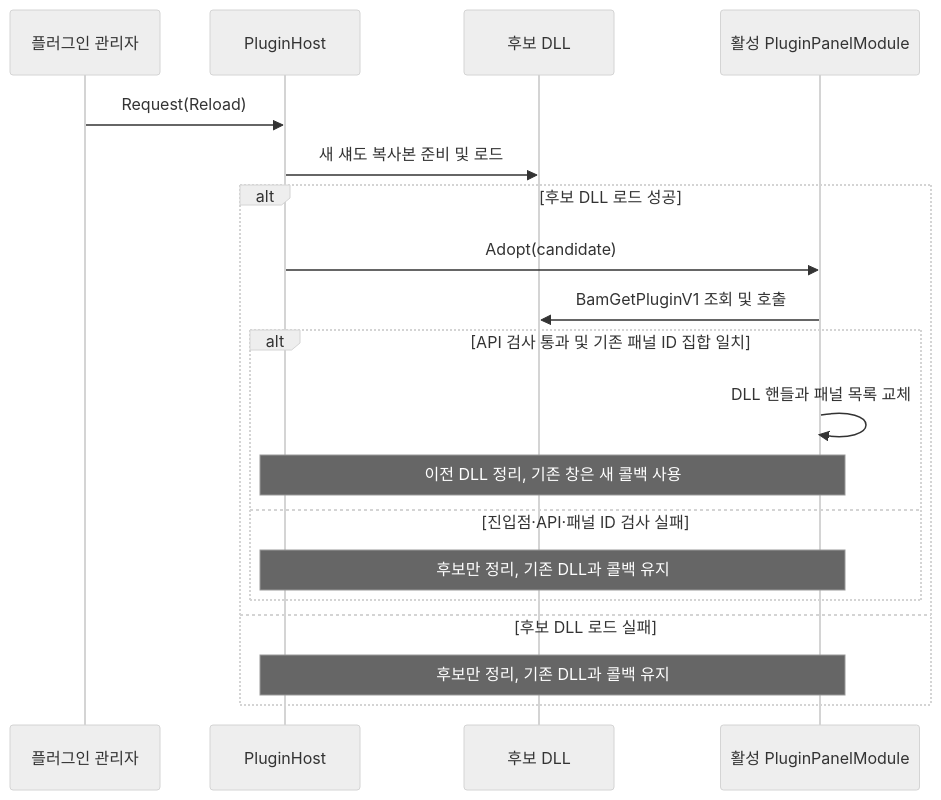
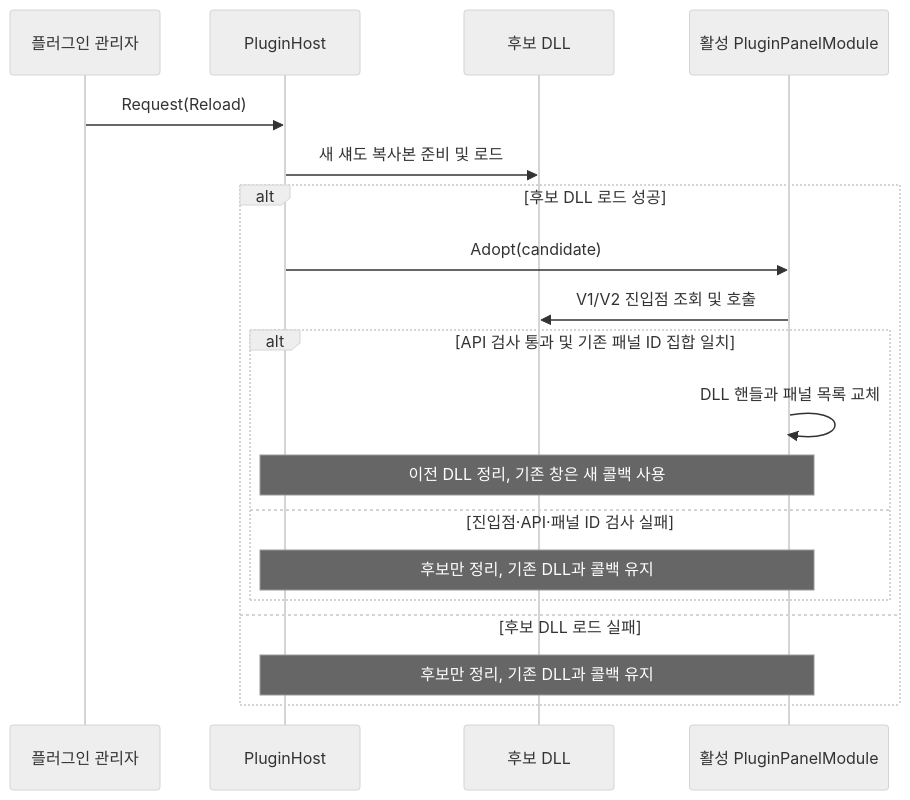
The second of 2 diagrams in Docs/EditorPluginArchitecturePlan.md (Bamtoliya/BamEngine), drawn with Mermaid (neutral theme) before and after one commit. The commit also changed other lines of this file and 34 other files, not shown here.

````diff
--- a/Docs/EditorPluginArchitecturePlan.md
+++ b/Docs/EditorPluginArchitecturePlan.md
@@ -245,22 +274,22 @@
 ```mermaid
 sequenceDiagram
     participant UI as 플러그인 관리자
     participant H as PluginHost
     participant C as 후보 DLL
     participant A as 활성 PluginPanelModule
 
     UI->>H: Request(Reload)
     H->>C: 새 섀도 복사본 준비 및 로드
     alt 후보 DLL 로드 성공
         H->>A: Adopt(candidate)
-        A->>C: BamGetPluginV1 조회 및 호출
+        A->>C: V1/V2 진입점 조회 및 호출
         alt API 검사 통과 및 기존 패널 ID 집합 일치
             A->>A: DLL 핸들과 패널 목록 교체
             Note over H,A: 이전 DLL 정리, 기존 창은 새 콜백 사용
         else 진입점·API·패널 ID 검사 실패
             Note over H,A: 후보만 정리, 기존 DLL과 콜백 유지
         end
     else 후보 DLL 로드 실패
         Note over H,A: 후보만 정리, 기존 DLL과 콜백 유지
     end
 ```
````
